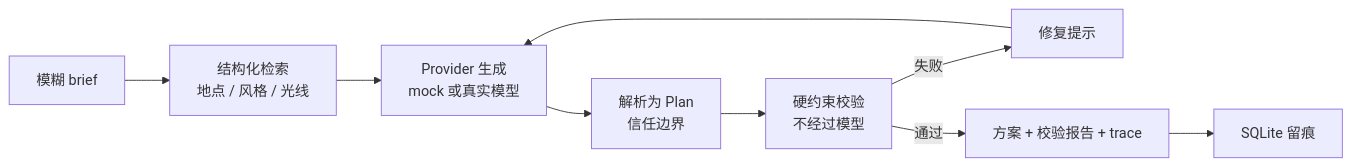
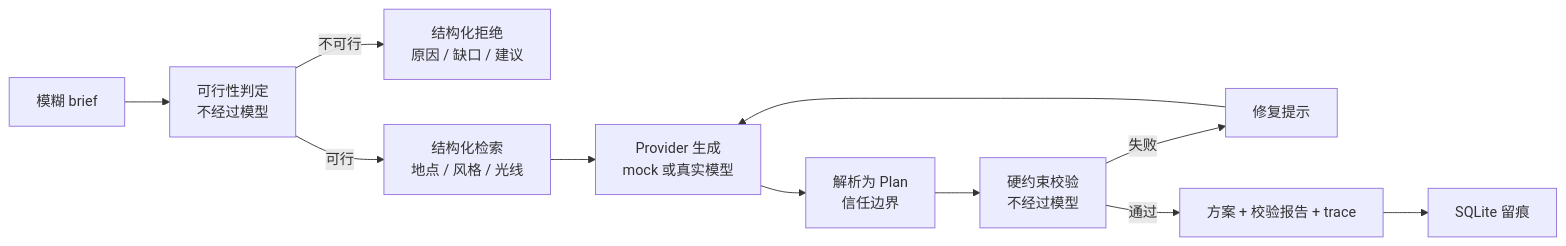
The diagram in README.md (zhaozilong6666/shotplan), drawn with Mermaid before and after one commit. The commit also changed other lines of this file and 32 other files, not shown here.

````diff
--- a/README.md
+++ b/README.md
@@ -58,11 +59,13 @@
 ```mermaid
 flowchart LR
-    A[模糊 brief] --> B[结构化检索<br/>地点 / 风格 / 光线]
+    A[模糊 brief] --> Z[可行性判定<br/>不经过模型]
+    Z -->|不可行| Z2[结构化拒绝<br/>原因 / 缺口 / 建议]
+    Z -->|可行| B[结构化检索<br/>地点 / 风格 / 光线]
     B --> C[Provider 生成<br/>mock 或真实模型]
     C --> D[解析为 Plan<br/>信任边界]
     D --> E[硬约束校验<br/>不经过模型]
     E -->|失败| F[修复提示]
     F --> C
     E -->|通过| G[方案 + 校验报告 + trace]
     G --> H[SQLite 留痕]
 ```
````
